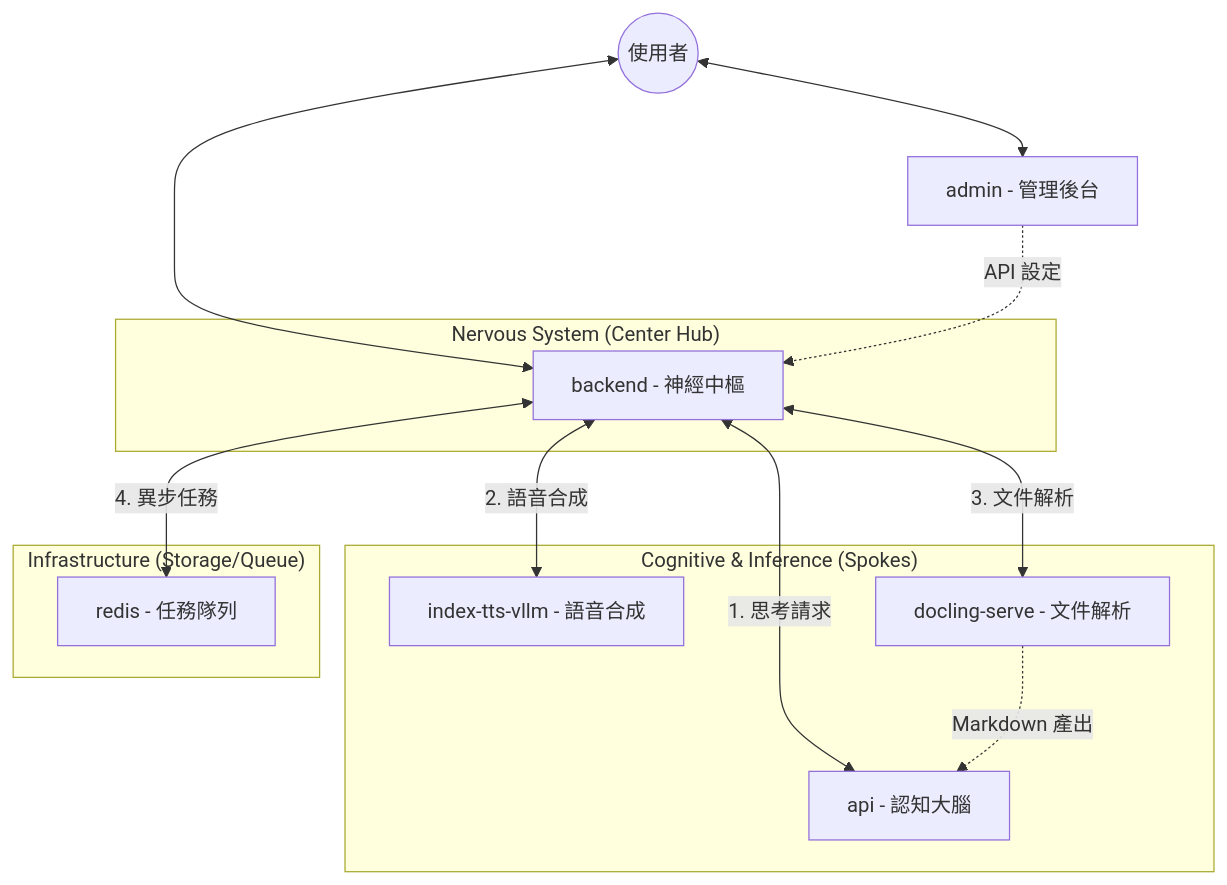
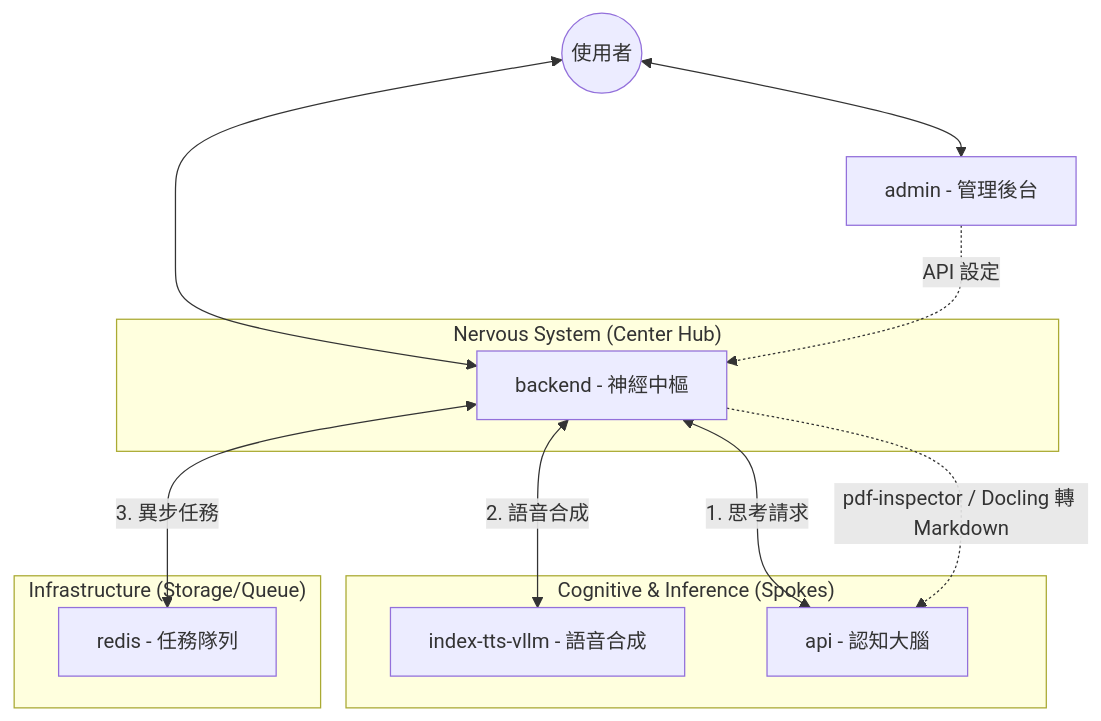
Before and after one commit to CreateIntelligens/openVman: the diagram in docs/10_MICROSERVICES_GUIDE.md, drawn with Mermaid. The commit also changed other lines of this file and 18 other files, not shown here.

````diff
--- a/docs/10_MICROSERVICES_GUIDE.md
+++ b/docs/10_MICROSERVICES_GUIDE.md
@@ -11,29 +11,27 @@
 ```mermaid
 graph TD
     User((使用者)) <--> Frontend[admin - 管理後台]
     User <--> Backend[backend - 神經中樞]
     
     subgraph "Nervous System (Center Hub)"
         Backend
     end
     
     subgraph "Cognitive & Inference (Spokes)"
         IndexTTS[index-tts-vllm - 語音合成]
-        Docling[docling-serve - 文件解析]
         Brain[api - 認知大腦]
     end
     
     subgraph "Infrastructure (Storage/Queue)"
         Redis[redis - 任務隊列]
     end
     
     %% Backend is the coordinator
     Backend <-->|1. 思考請求| Brain
     Backend <-->|2. 語音合成| IndexTTS
-    Backend <-->|3. 文件解析| Docling
-    Backend <-->|4. 異步任務| Redis
+    Backend <-->|3. 異步任務| Redis
     
     %% Cross-service data flow
-    Docling -.->|Markdown 產出| Brain
+    Backend -.->|pdf-inspector / Docling 轉 Markdown| Brain
     Frontend -.->|API 設定| Backend
 ```
````
